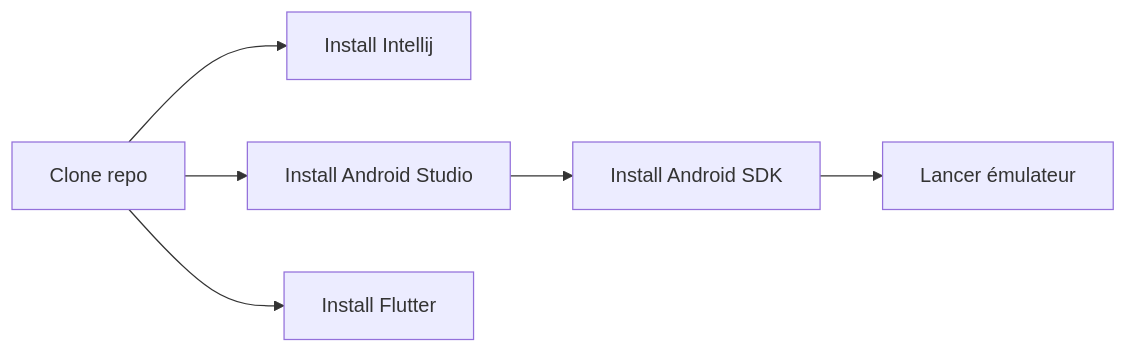
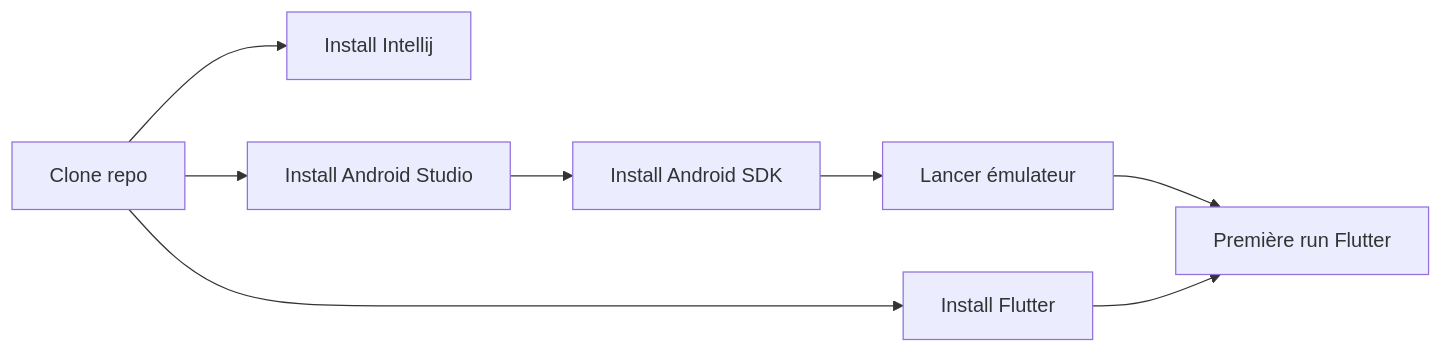
One commit to departement-info-cem/scripts-mobile changed the diagram in README.md. Above: the diagram before and after it, drawn with Mermaid.

Commit message:
Mermaid encore

````diff
--- a/README.md
+++ b/README.md
@@ -17,14 +17,17 @@
 ```mermaid
 flowchart LR
     clone["Clone repo"]
     idea["Install Intellij"]
     androidstudio["Install Android Studio"]
     androidsdk["Install Android SDK"]
     flutter["Install Flutter"]
+    projetflutter["Première run Flutter"]
     emulator["Lancer émulateur"]
     clone --> flutter
     clone --> idea
     clone --> androidstudio
     androidstudio --> androidsdk
     androidsdk --> emulator
+    emulator --> projetflutter
+    flutter --> projetflutter
 ```
````
